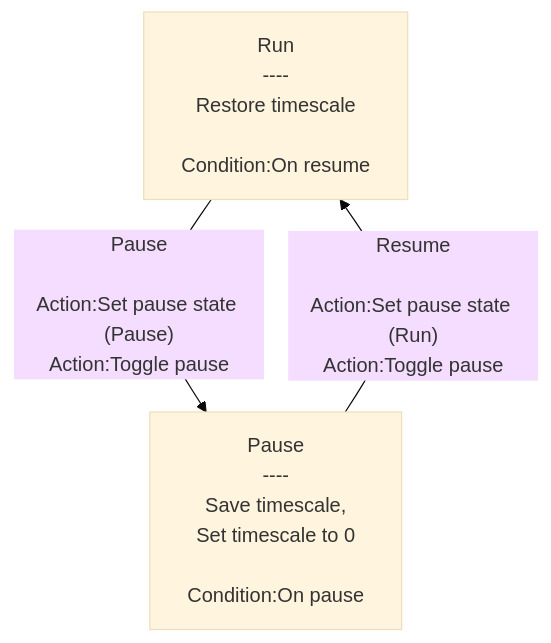
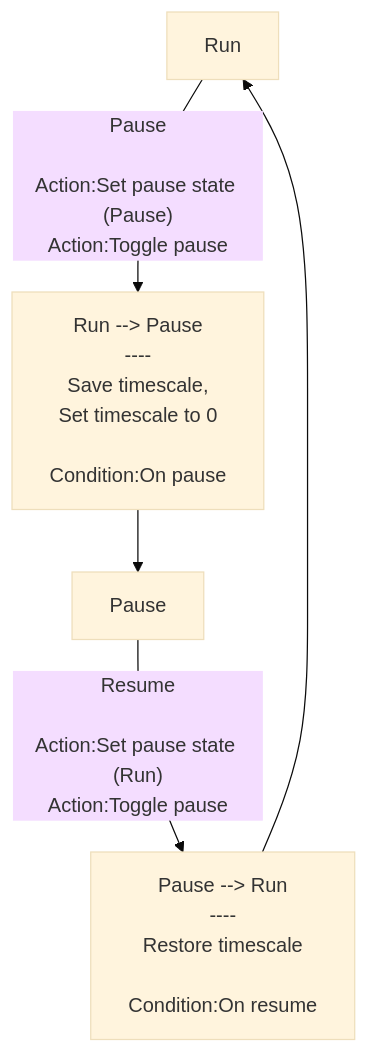
Before and after one commit to rexrainbow/C2RexDoc: the diagram in plugins.md/rex_pause.md, drawn with Mermaid (base theme). The commit also changed 8 other files, not shown here.

````diff
--- a/plugins.md/rex_pause.md
+++ b/plugins.md/rex_pause.md
@@ -24,6 +24,8 @@
 ```mermaid
 graph TB
 
-StateRun["Run<br>----<br>Restore timescale<br> <br>Condition:On resume"] --> |"Pause<br> <br>Action:Set pause state (Pause)<br>Action:Toggle pause"| StatePause["Pause<br>----<br>Save timescale,<br>Set timescale to 0<br> <br>Condition:On pause"]
-StatePause --> |"Resume<br> <br>Action:Set pause state (Run)<br>Action:Toggle pause"| StateRun
+StateRun["Run"] --> |"Pause<br> <br>Action:Set pause state (Pause)<br>Action:Toggle pause"| TransitionRun2Pause["Run --> Pause<br>----<br>Save timescale,<br>Set timescale to 0<br> <br>Condition:On pause"]
+TransitionRun2Pause --> StatePause["Pause"]
+StatePause --> |"Resume<br> <br>Action:Set pause state (Run)<br>Action:Toggle pause"| TransitionPause2Run["Pause --> Run<br>----<br>Restore timescale<br> <br>Condition:On resume"]
+TransitionPause2Run --> StateRun
 ```
````
